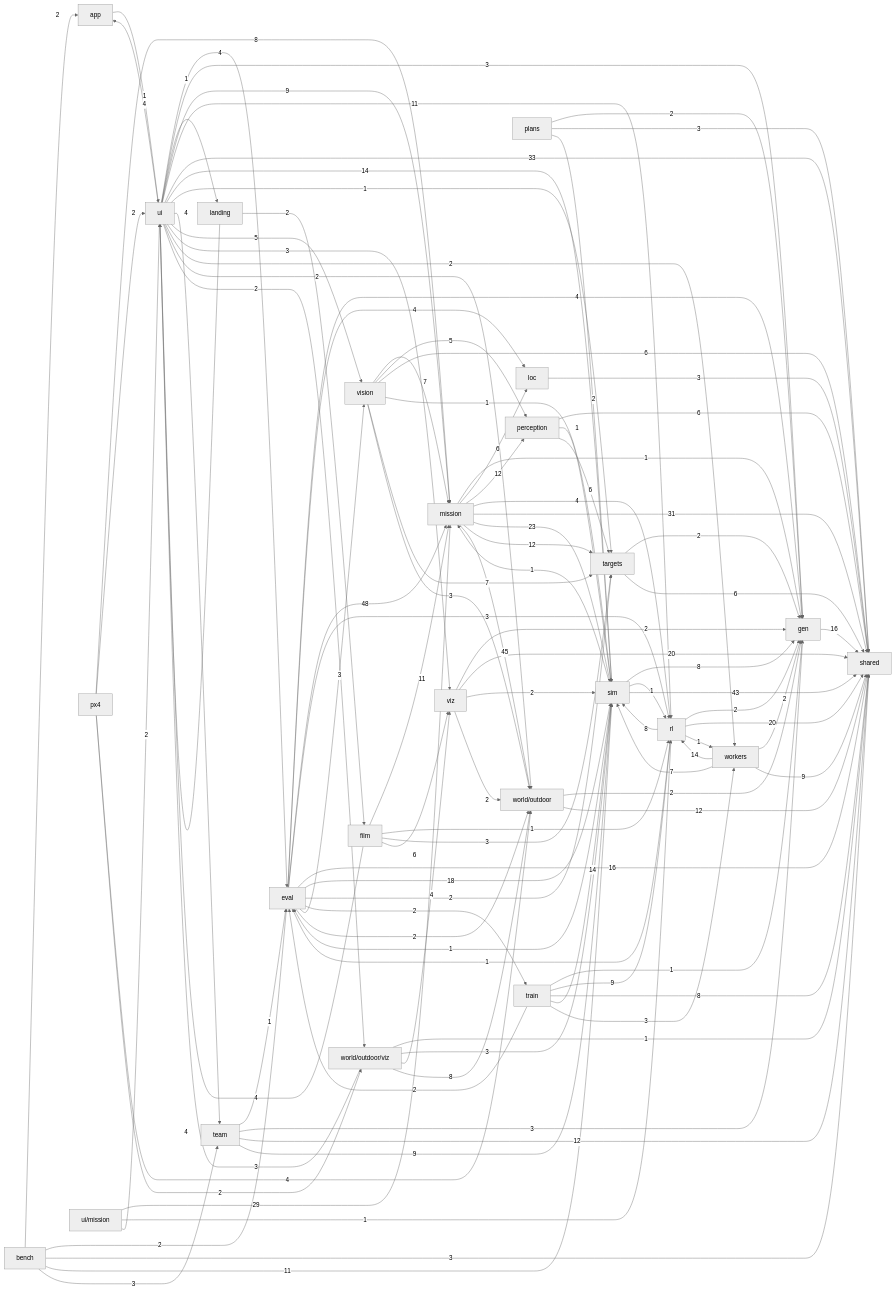
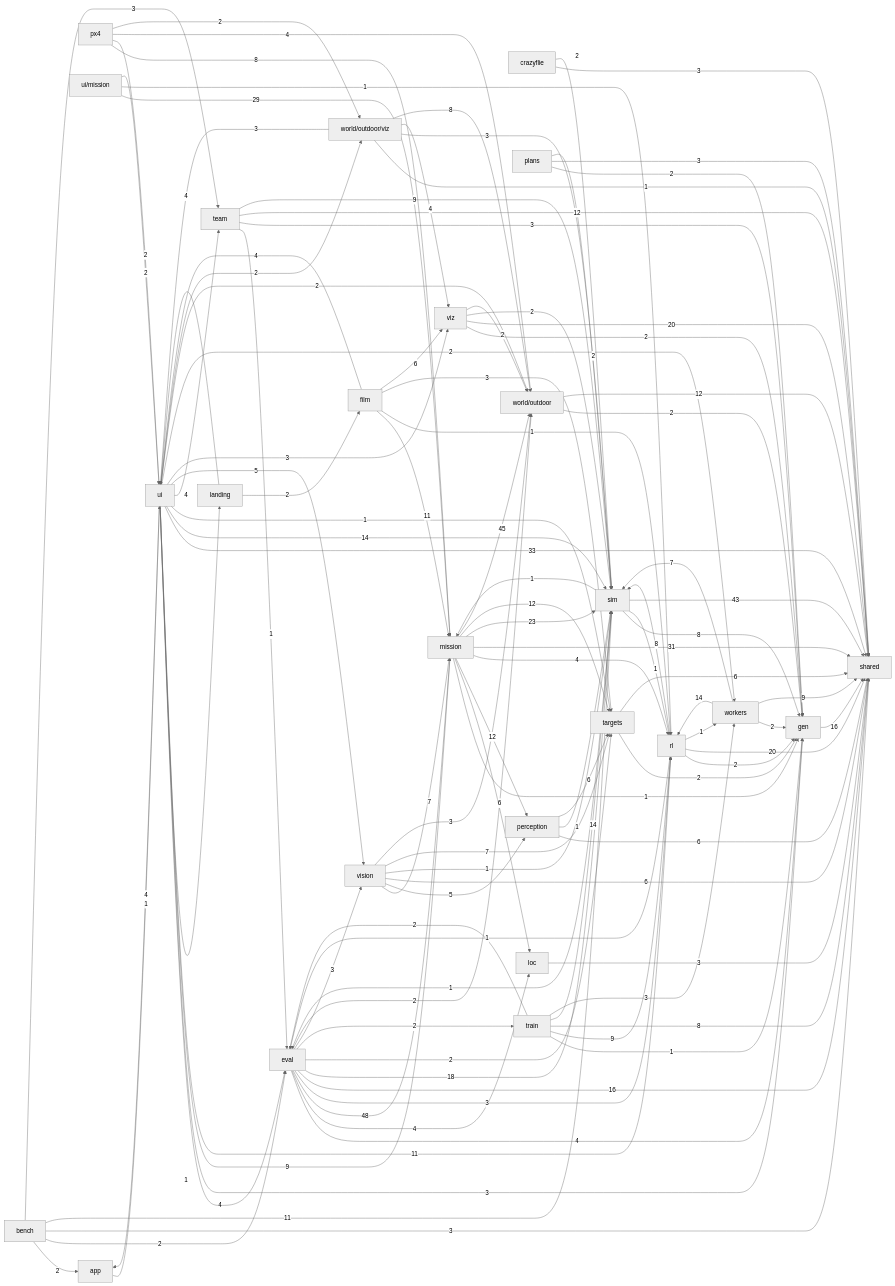
Before and after one commit to alexnieves-cs/frontier-fly: the second of 2 diagrams in docs/ARCHITECTURE.md, drawn with Mermaid (neutral theme). The commit also changed other lines of this file and 24 other files, not shown here.

First line of the commit message:
Plan a real Crazyflie flight: four-beam explorer, room sim, flight script and safety guard (#79)

```diff
--- a/docs/ARCHITECTURE.md
+++ b/docs/ARCHITECTURE.md
@@ -80,6 +80,7 @@
 flowchart LR
   app["app"]
   bench["bench"]
+  crazyflie["crazyflie"]
   eval["eval"]
   film["film"]
   gen["gen"]
@@ -108,6 +109,8 @@
   bench -->|3| shared
   bench -->|11| sim
   bench -->|3| team
+  crazyflie -->|3| shared
+  crazyflie -->|2| sim
   eval -->|4| gen
   eval -->|4| loc
   eval -->|48| mission
```
